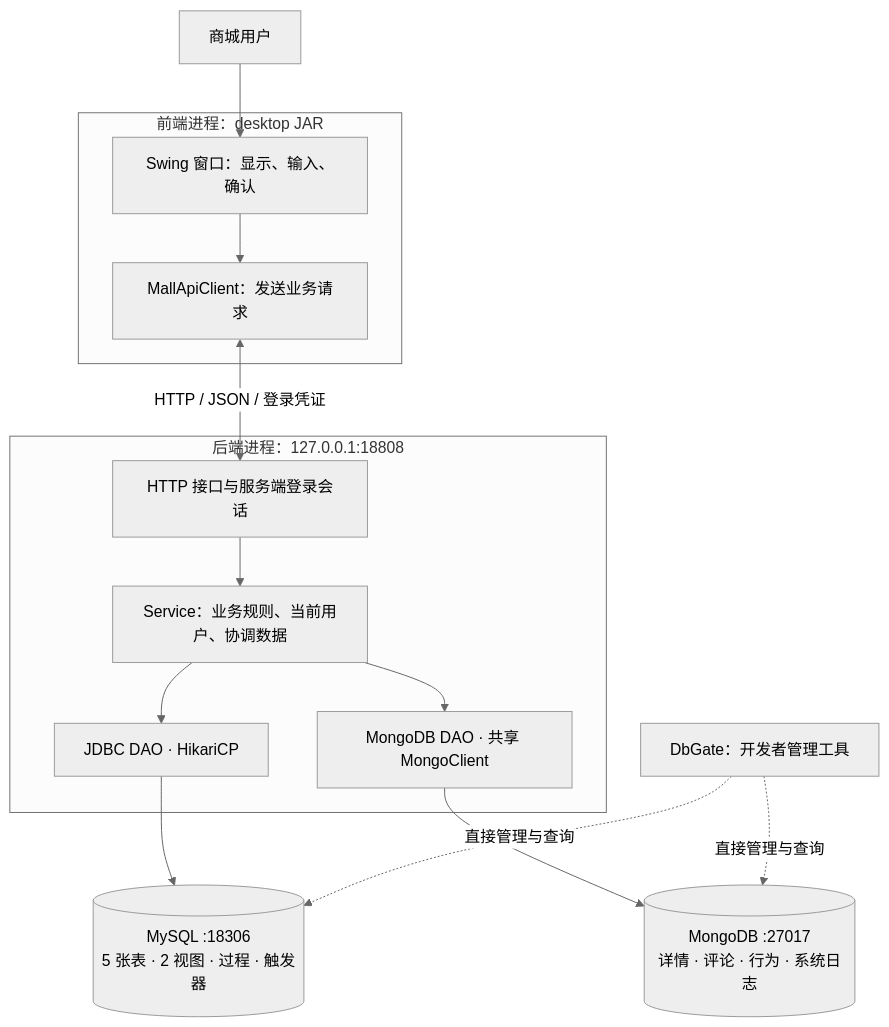
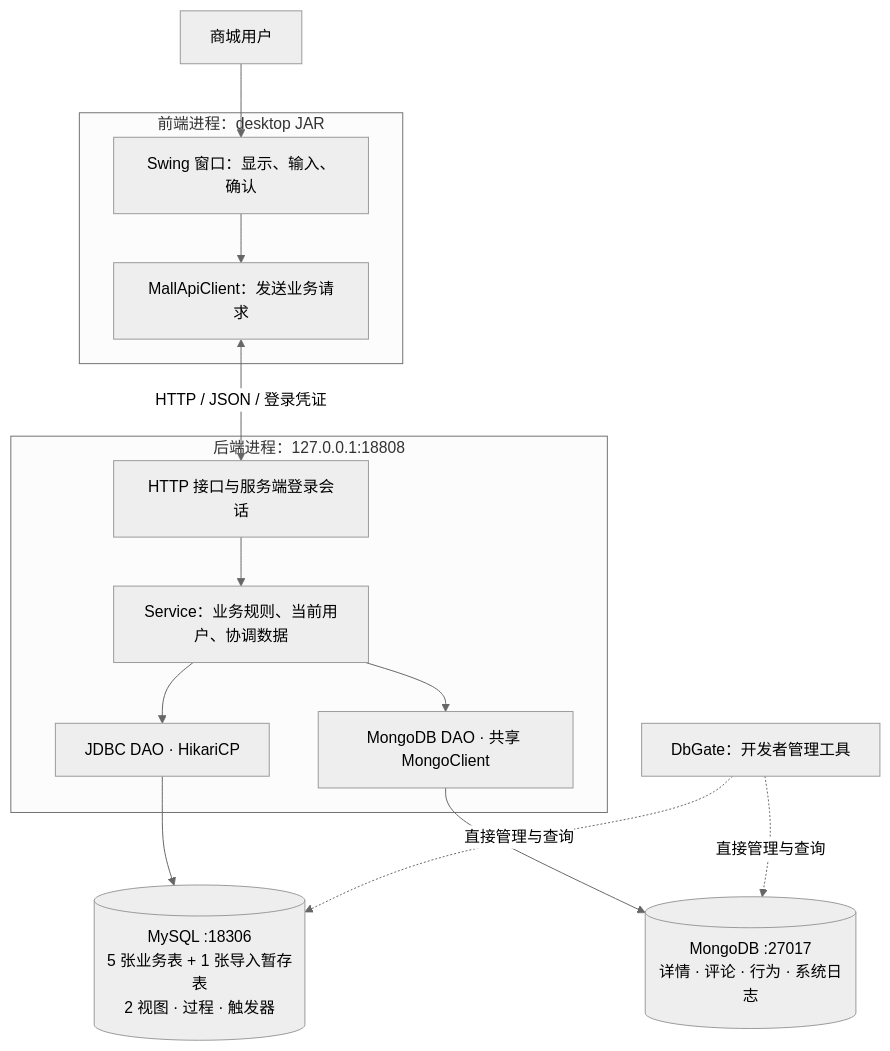
The diagram in README.md (Nisecata1/sports-mall), drawn with Mermaid (neutral theme) before and after one commit. The commit also changed other lines of this file and 29 other files, not shown here.

````diff
--- a/README.md
+++ b/README.md
@@ -11,27 +11,27 @@
 ```mermaid
 flowchart TB
   U["商城用户"]
   subgraph F["前端进程：desktop JAR"]
     UI["Swing 窗口：显示、输入、确认"]
     C["MallApiClient：发送业务请求"]
     UI --> C
   end
   subgraph B["后端进程：127.0.0.1:18808"]
     API["HTTP 接口与服务端登录会话"]
     S["Service：业务规则、当前用户、协调数据"]
     SQLDAO["JDBC DAO · HikariCP"]
     MDAO["MongoDB DAO · 共享 MongoClient"]
     API --> S
     S --> SQLDAO
     S --> MDAO
   end
-  SQL[("MySQL :18306\n5 张表 · 2 视图 · 过程 · 触发器")]
+  SQL[("MySQL :18306\n5 张业务表 + 1 张导入暂存表\n2 视图 · 过程 · 触发器")]
   MONGO[("MongoDB :27017\n详情 · 评论 · 行为 · 系统日志")]
   TOOL["DbGate：开发者管理工具"]
   U --> UI
   C <-->|"HTTP / JSON / 登录凭证"| API
   SQLDAO --> SQL
   MDAO --> MONGO
   TOOL -. "直接管理与查询" .-> SQL
   TOOL -. "直接管理与查询" .-> MONGO
 ```
````
